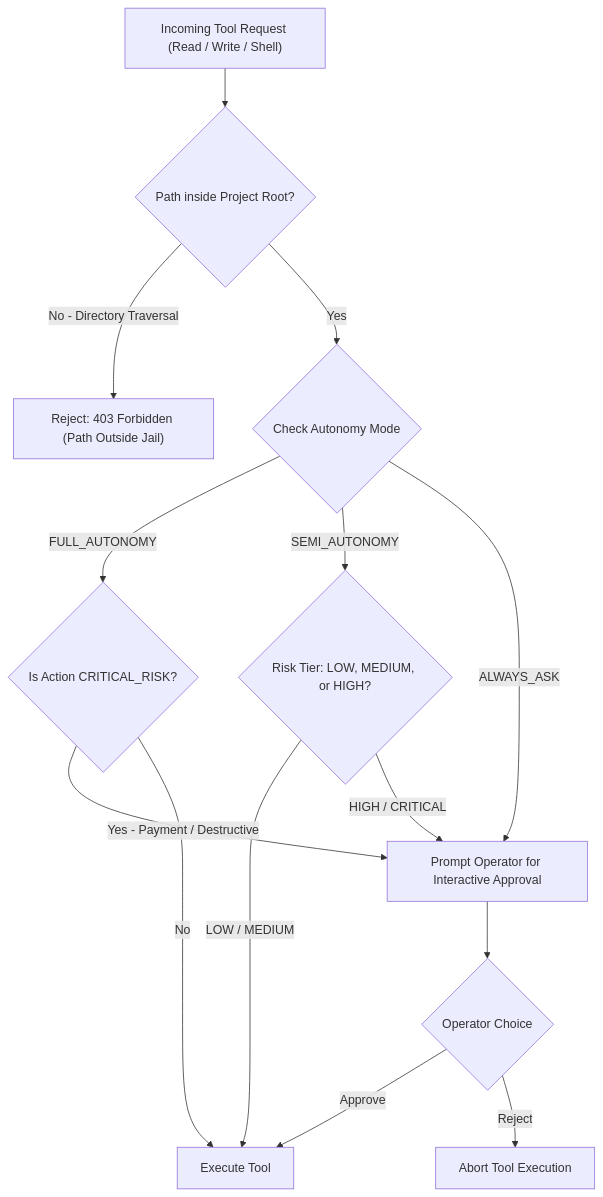
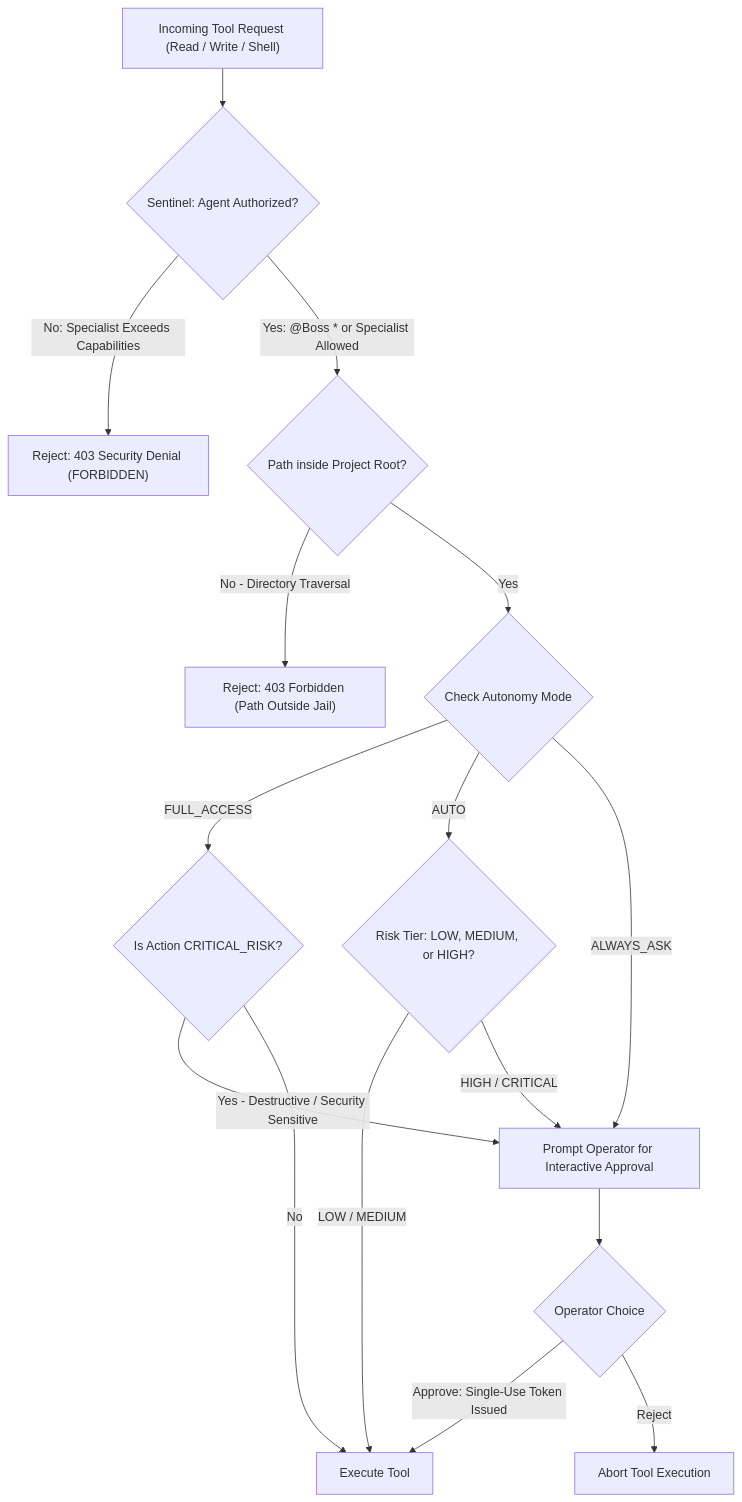
One commit to abhayzangir1/KIN changed the sixth of 6 diagrams in docs/ARCHITECTURE.md. Above: the diagram before and after it, drawn with Mermaid. The commit also changed other lines of this file and 4 other files, not shown here.

Commit message:
docs: update README, ARCHITECTURE, API, FAQ, and SLASH_COMMANDS for Sentinel security and interactive replanning

````diff
--- a/docs/ARCHITECTURE.md
+++ b/docs/ARCHITECTURE.md
@@ -298,21 +307,24 @@
 ```mermaid
 flowchart TD
-    Req["Incoming Tool Request (Read / Write / Shell)"] --> JailCheck{"Path inside Project Root?"}
+    Req["Incoming Tool Request (Read / Write / Shell)"] --> SentinelAuth{"Sentinel: Agent Authorized?"}
+    
+    SentinelAuth -->|No: Specialist Exceeds Capabilities| DenySentinel["Reject: 403 Security Denial (FORBIDDEN)"]
+    SentinelAuth -->|Yes: @Boss * or Specialist Allowed| JailCheck{"Path inside Project Root?"}
     
     JailCheck -->|No - Directory Traversal| Reject403["Reject: 403 Forbidden (Path Outside Jail)"]
     JailCheck -->|Yes| AutonomyCheck{"Check Autonomy Mode"}
     
-    AutonomyCheck -->|FULL_AUTONOMY| RiskCheck{"Is Action CRITICAL_RISK?"}
-    AutonomyCheck -->|SEMI_AUTONOMY| TierCheck{"Risk Tier: LOW, MEDIUM, or HIGH?"}
+    AutonomyCheck -->|FULL_ACCESS| RiskCheck{"Is Action CRITICAL_RISK?"}
+    AutonomyCheck -->|AUTO| TierCheck{"Risk Tier: LOW, MEDIUM, or HIGH?"}
     AutonomyCheck -->|ALWAYS_ASK| PromptOperator["Prompt Operator for Interactive Approval"]
     
     TierCheck -->|LOW / MEDIUM| Exec["Execute Tool"]
     TierCheck -->|HIGH / CRITICAL| PromptOperator
     
-    RiskCheck -->|Yes - Payment / Destructive| PromptOperator
+    RiskCheck -->|Yes - Destructive / Security Sensitive| PromptOperator
     RiskCheck -->|No| Exec
     
     PromptOperator --> OperDecision{"Operator Choice"}
-    OperDecision -->|Approve| Exec
+    OperDecision -->|Approve: Single-Use Token Issued| Exec
     OperDecision -->|Reject| Abort["Abort Tool Execution"]
 ```
````
